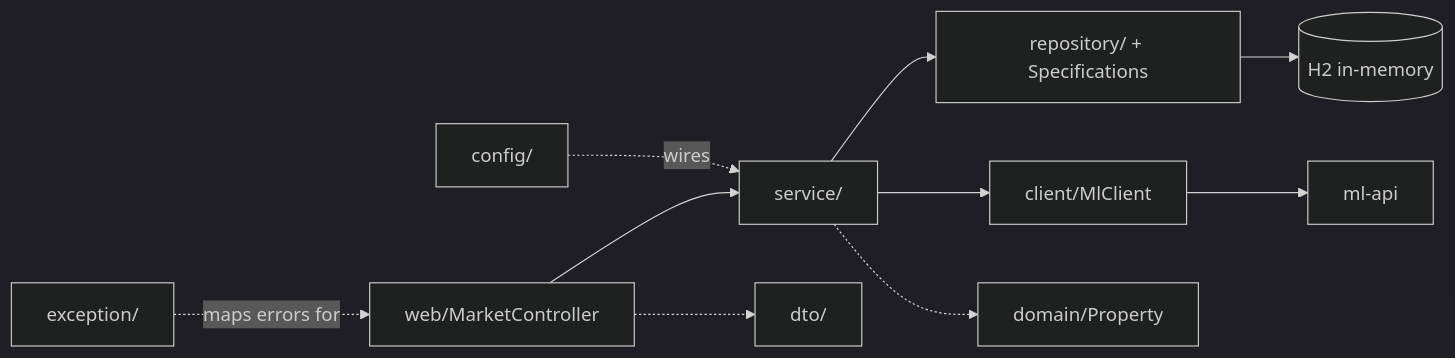
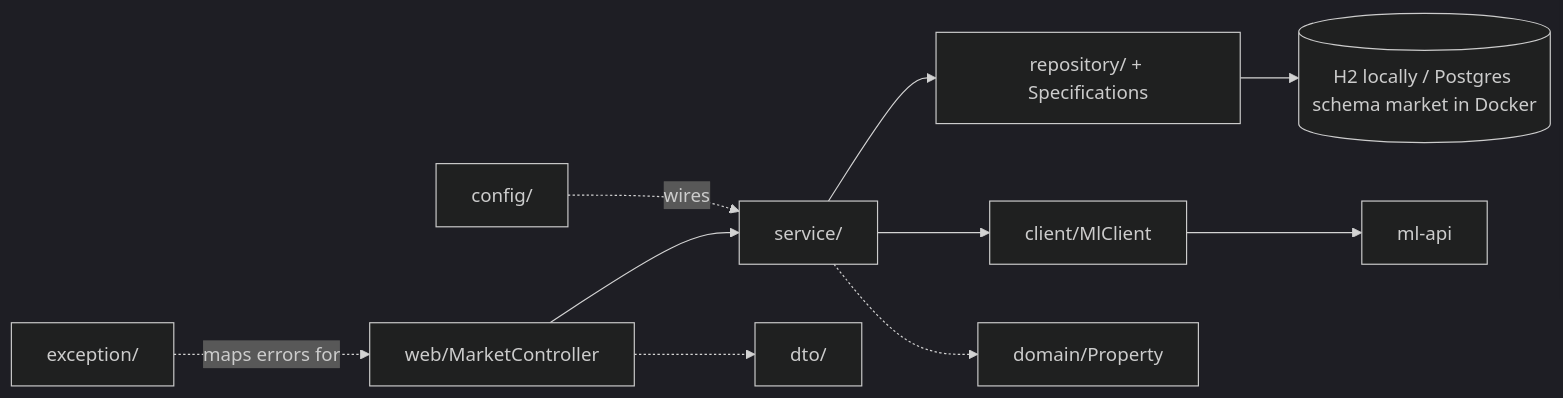
The first of 2 diagrams in market-api/ARCHITECTURE.md (Ekhrapykin/housing-prediction-portal), drawn with Mermaid (dark theme) before and after one commit. The commit also changed other lines of this file and 35 other files, not shown here.

First line of the commit message:
Move storage to Postgres with schema-per-service and share one dataset

````diff
--- a/market-api/ARCHITECTURE.md
+++ b/market-api/ARCHITECTURE.md
@@ -5,10 +5,10 @@
 ```mermaid
 flowchart LR
   W[web/MarketController] --> S[service/]
-  S --> R[repository/ + Specifications] --> H[(H2 in-memory)]
+  S --> R[repository/ + Specifications] --> H[(H2 locally / Postgres schema market in Docker)]
   S --> C[client/MlClient] --> ML[ml-api]
   W -.-> D[dto/]
   S -.-> Dom[domain/Property]
   Cfg[config/] -.wires.-> S
   Ex[exception/] -.maps errors for.-> W
 ```
````
